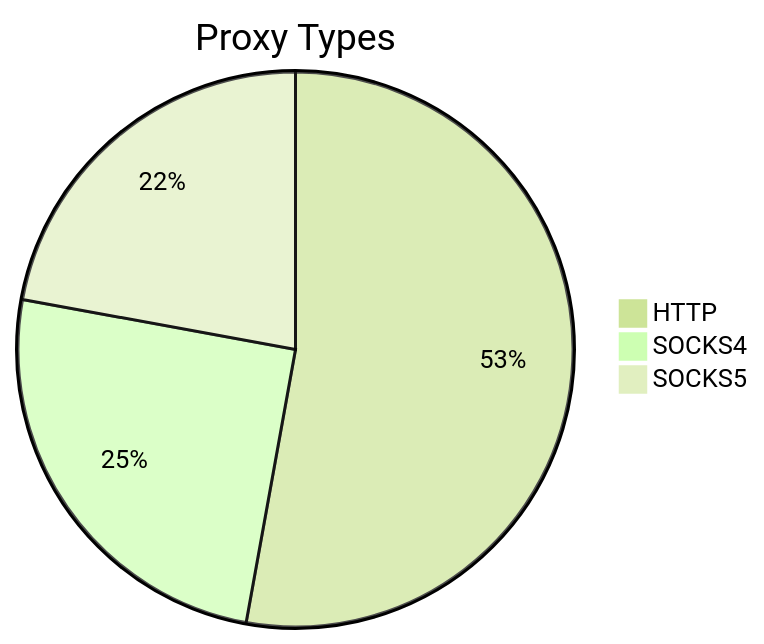
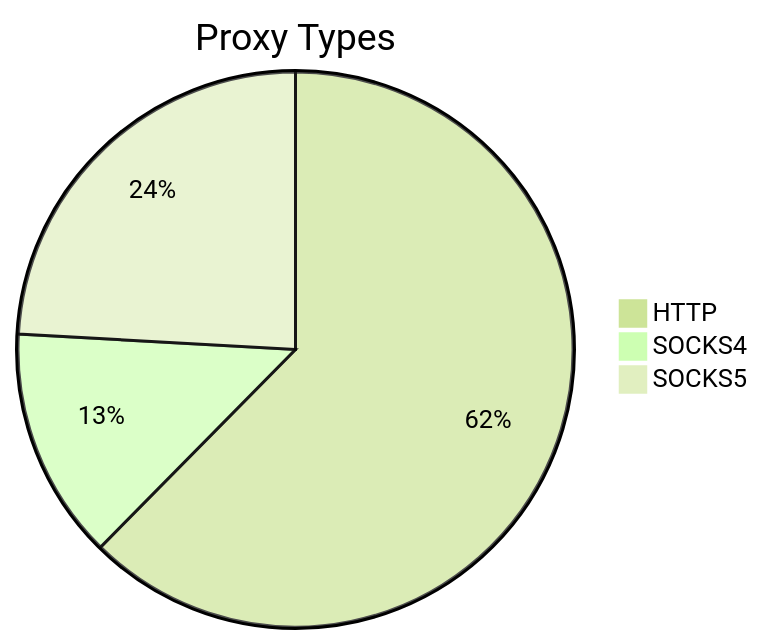
One commit to stormsia/proxy-list changed the first of 2 diagrams in README.md. Above: the diagram before and after it, drawn with Mermaid (forest theme). The commit also changed other lines of this file, not shown here.

````diff
--- a/README.md
+++ b/README.md
@@ -21,6 +21,6 @@
 ```mermaid
 pie title Proxy Types
-    "HTTP" : 325
-    "SOCKS4" : 154
-    "SOCKS5" : 136
+    "HTTP" : 282
+    "SOCKS4" : 61
+    "SOCKS5" : 109
 ```
````
